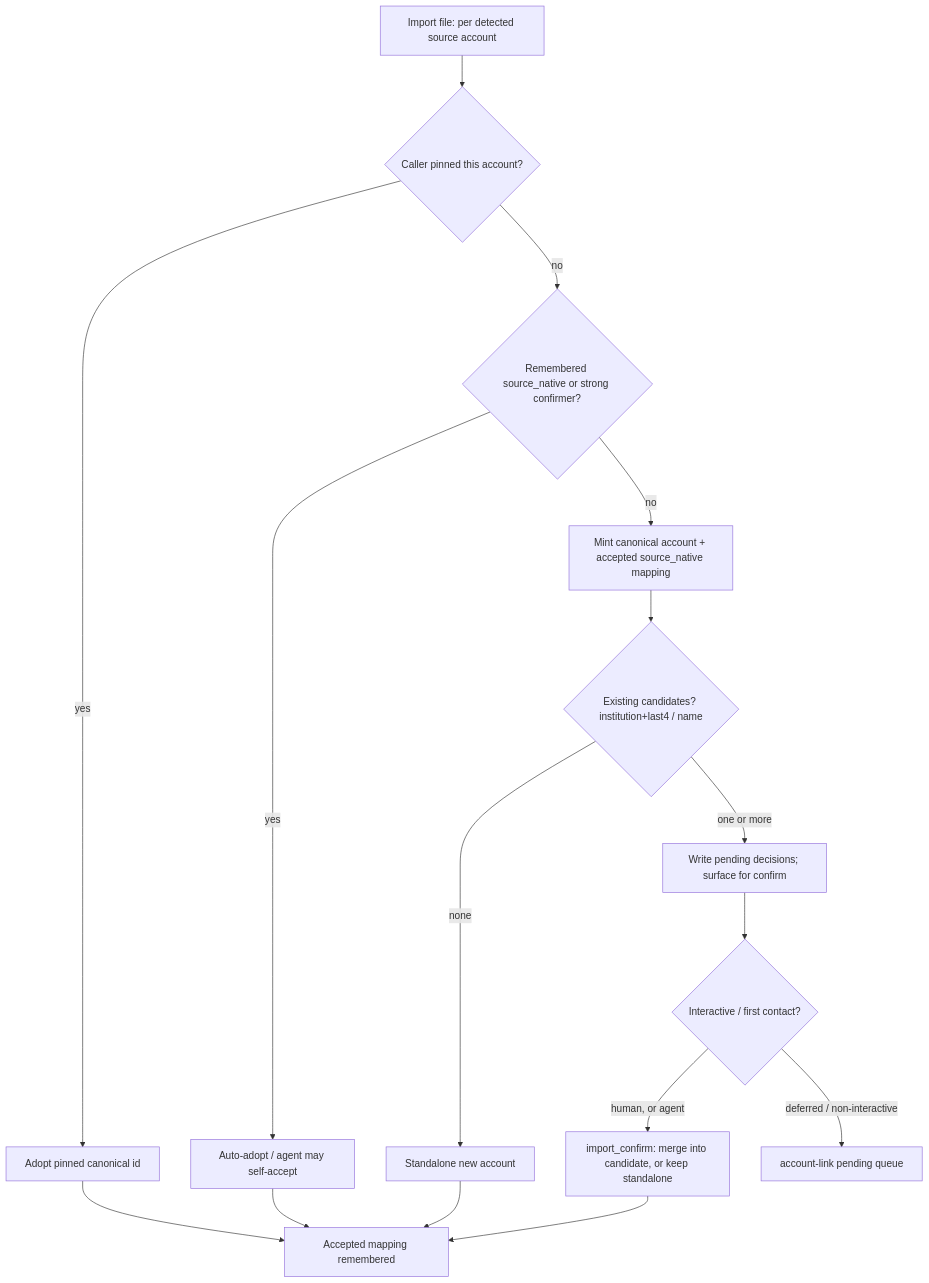
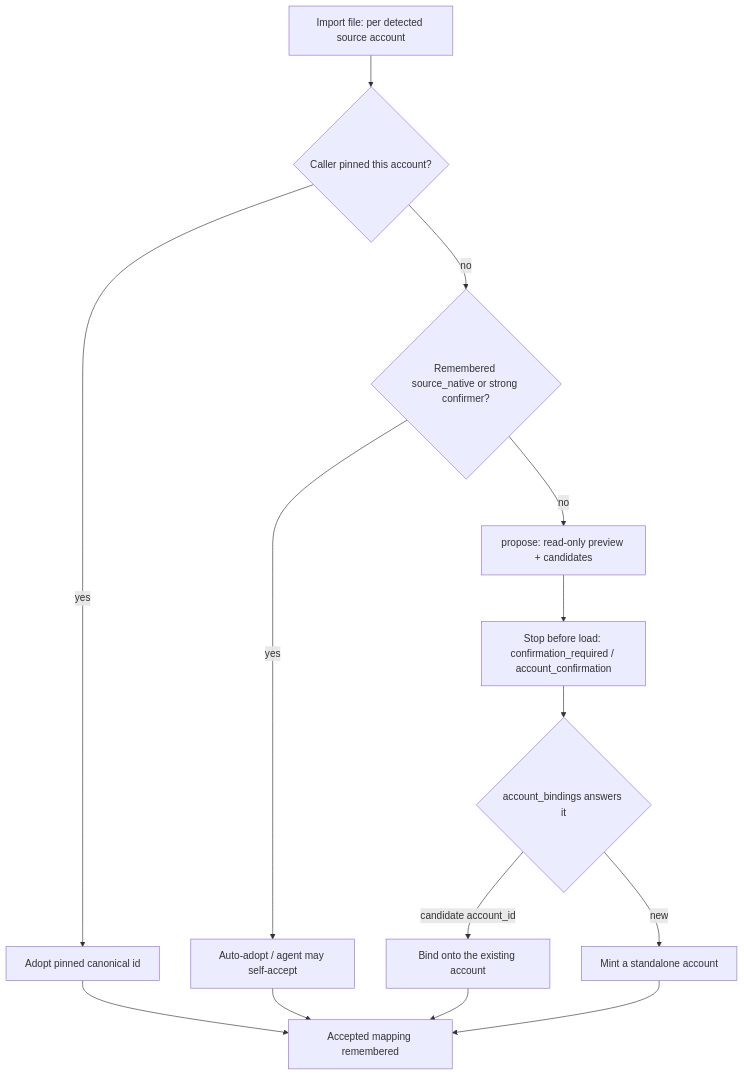
One commit to bsaffel/moneybin changed the diagram in docs/specs/account-identity-resolution.md. Above: the diagram before and after it, drawn with Mermaid. The commit also changed other lines of this file and 6 other files, not shown here.

````diff
--- a/docs/specs/account-identity-resolution.md
+++ b/docs/specs/account-identity-resolution.md
@@ -554,18 +554,16 @@
 ```mermaid
 flowchart TD
     A[Import file: per detected source account] --> B{Caller pinned this account?}
     B -->|yes| ADOPT[Adopt pinned canonical id]
     B -->|no| C{Remembered source_native or strong confirmer?}
     C -->|yes| AUTO[Auto-adopt / agent may self-accept]
-    C -->|no| MINT[Mint canonical account + accepted source_native mapping]
-    MINT --> D{Existing candidates? institution+last4 / name}
-    D -->|none| STANDALONE[Standalone new account]
-    D -->|one or more| PROPOSE[Write pending decisions; surface for confirm]
-    PROPOSE --> E{Interactive / first contact?}
-    E -->|human, or agent| CONFIRM[import_confirm: merge into candidate, or keep standalone]
-    E -->|deferred / non-interactive| QUEUE[account-link pending queue]
+    C -->|no| PROPOSE[propose: read-only preview + candidates]
+    PROPOSE --> GATE[Stop before load: confirmation_required / account_confirmation]
+    GATE --> CONFIRM{account_bindings answers it}
+    CONFIRM -->|candidate account_id| MERGE[Bind onto the existing account]
+    CONFIRM -->|"new"| STANDALONE[Mint a standalone account]
     ADOPT --> REMEMBER[Accepted mapping remembered]
     AUTO --> REMEMBER
+    MERGE --> REMEMBER
     STANDALONE --> REMEMBER
-    CONFIRM --> REMEMBER
 ```
````
